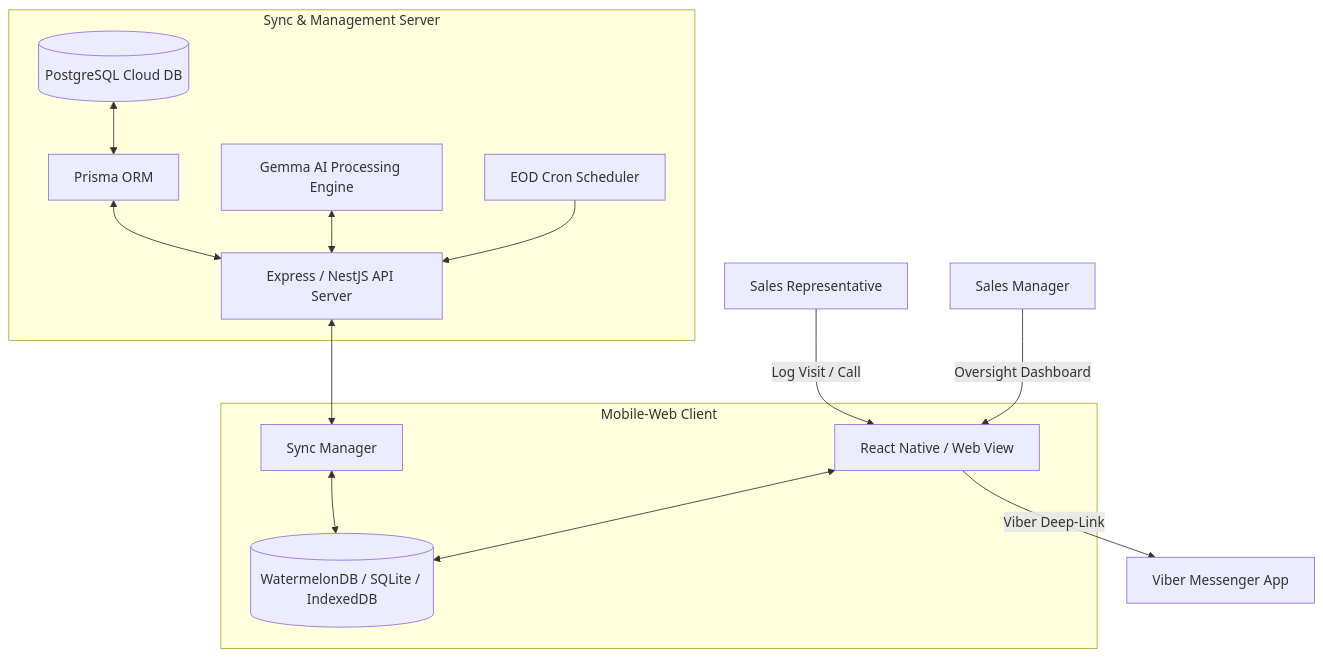
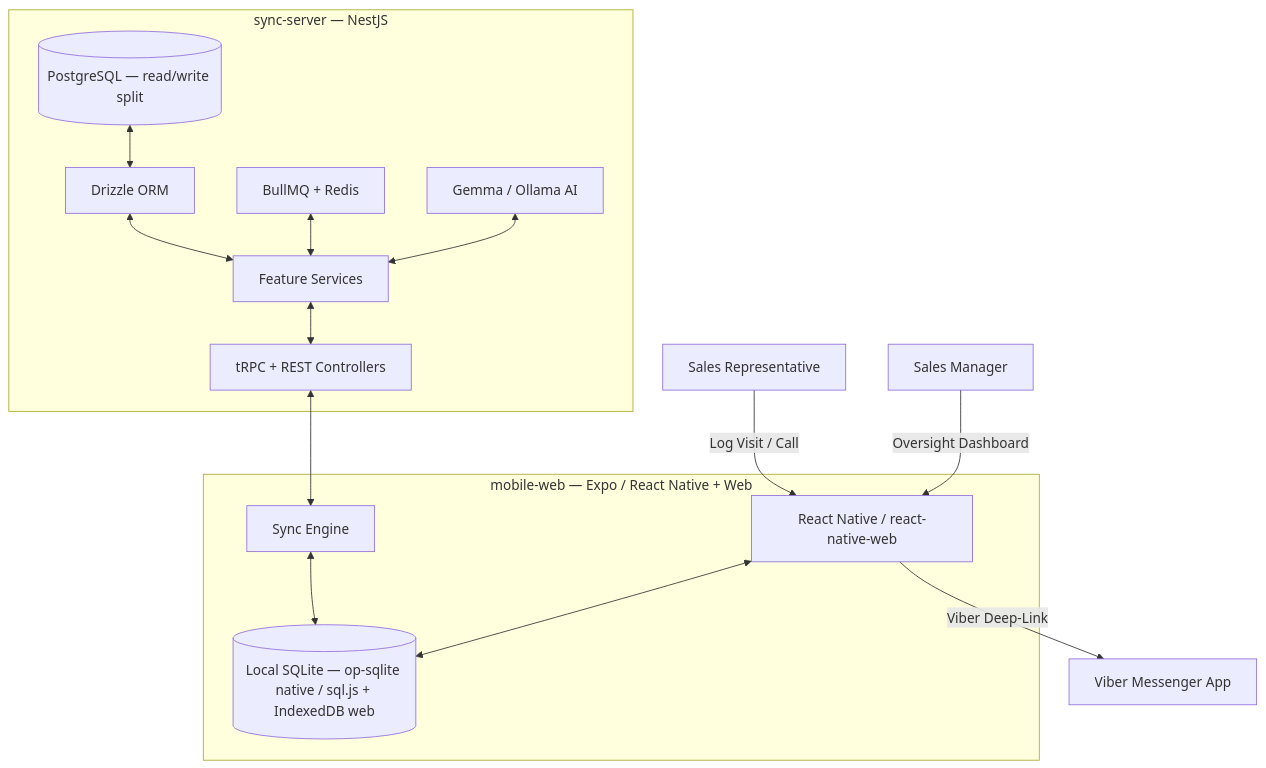
The diagram in ARCHITECTURE.md (jingyu120/offline-inventory), drawn with Mermaid before and after one commit. The commit also changed other lines of this file and 106 other files, not shown here.

Commit message:
feat: implement comprehensive audit, inventory, sync, and AI services with new administrative dashboard components and UI utilities.

````diff
--- a/ARCHITECTURE.md
+++ b/ARCHITECTURE.md
@@ -11,19 +11,20 @@
 ```mermaid
 graph TD
-  subgraph Client App [Mobile-Web Client]
-    UI[React Native / Web View] <--> DB_Local[(WatermelonDB / SQLite / IndexedDB)]
-    SyncMgr[Sync Manager] <--> DB_Local
+  subgraph Client App [mobile-web — Expo / React Native + Web]
+    UI[React Native / react-native-web] <--> DB_Local[(Local SQLite — op-sqlite native / sql.js + IndexedDB web)]
+    SyncEngine[Sync Engine] <--> DB_Local
   end
 
-  subgraph Cloud Infrastructure [Sync & Management Server]
-    API[Express / NestJS API Server] <--> SyncMgr
-    ORM[Prisma ORM] <--> API
-    DB_Cloud[(PostgreSQL Cloud DB)] <--> ORM
-    Gemma[Gemma AI Processing Engine] <--> API
-    Scheduler[EOD Cron Scheduler] --> API
+  subgraph Cloud Infrastructure [sync-server — NestJS]
+    TRPC[tRPC + REST Controllers] <--> SyncEngine
+    Services[Feature Services] <--> TRPC
+    Drizzle[Drizzle ORM] <--> Services
+    DB_Cloud[(PostgreSQL — read/write split)] <--> Drizzle
+    Queue[BullMQ + Redis] <--> Services
+    Gemma[Gemma / Ollama AI] <--> Services
   end
 
   UI -->|Viber Deep-Link| Viber[Viber Messenger App]
   Rep[Sales Representative] -->|Log Visit / Call| UI
   Manager[Sales Manager] -->|Oversight Dashboard| UI
 ```
````
